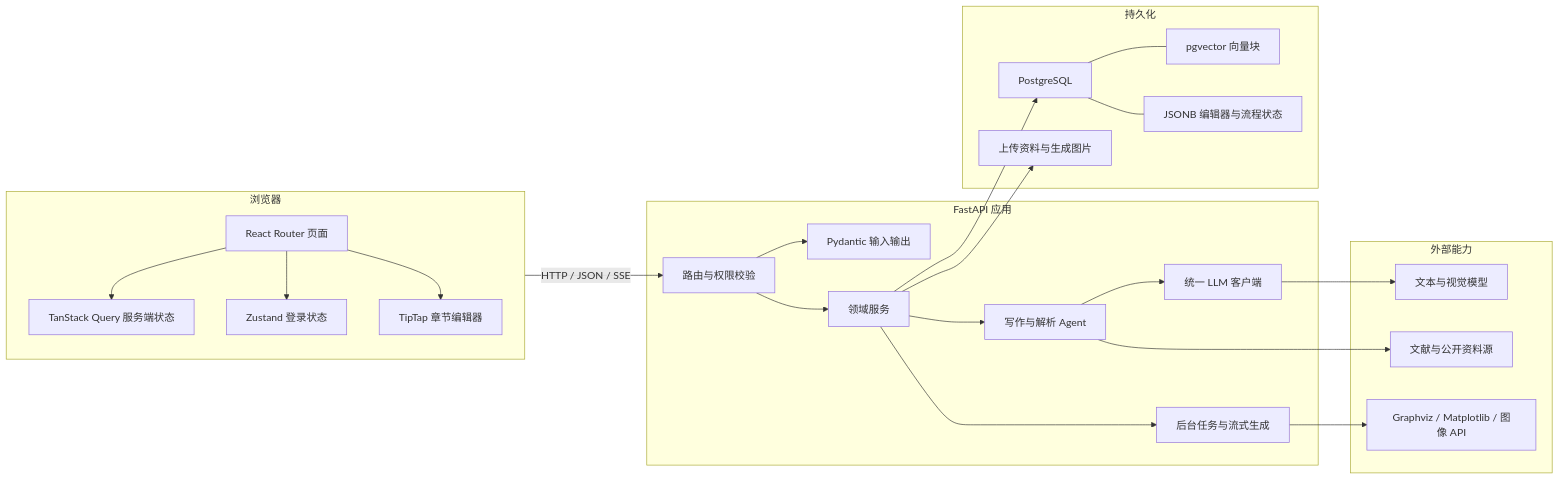
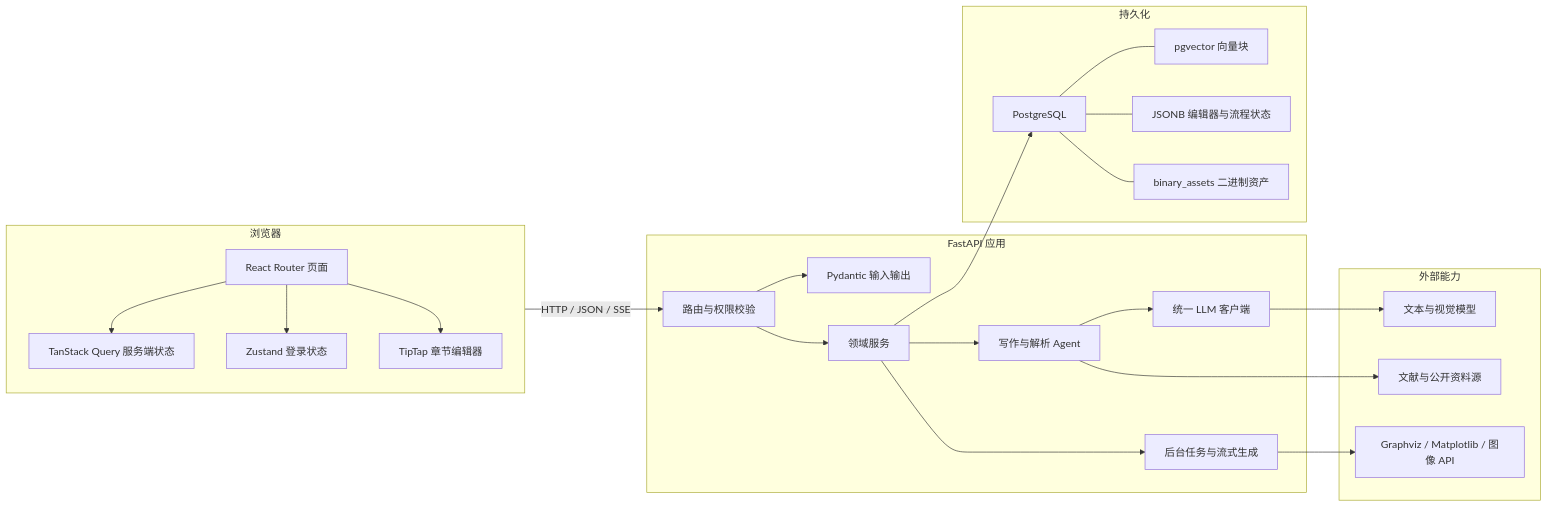
The first of 3 diagrams in README.md (VeyraDev/AutoBooker), drawn with Mermaid before and after one commit. The commit also changed other lines of this file and 194 other files, not shown here.

````diff
--- a/README.md
+++ b/README.md
@@ -26,48 +26,48 @@
 ```mermaid
 flowchart LR
     subgraph Browser["浏览器"]
         Router["React Router 页面"]
         Query["TanStack Query 服务端状态"]
         Store["Zustand 登录状态"]
         Editor["TipTap 章节编辑器"]
         Router --> Query
         Router --> Store
         Router --> Editor
     end
 
     subgraph API["FastAPI 应用"]
         Routers["路由与权限校验"]
         Schemas["Pydantic 输入输出"]
         Services["领域服务"]
         Agents["写作与解析 Agent"]
         LLM["统一 LLM 客户端"]
         Tasks["后台任务与流式生成"]
         Routers --> Schemas
         Routers --> Services
         Services --> Agents
         Agents --> LLM
         Services --> Tasks
     end
 
     subgraph Storage["持久化"]
         PG["PostgreSQL"]
         Vector["pgvector 向量块"]
         JSON["JSONB 编辑器与流程状态"]
-        Files["上传资料与生成图片"]
+        Blob["binary_assets 二进制资产"]
         PG --- Vector
         PG --- JSON
+        PG --- Blob
     end
 
     subgraph External["外部能力"]
         Models["文本与视觉模型"]
         Literature["文献与公开资料源"]
         Render["Graphviz / Matplotlib / 图像 API"]
     end
 
     Browser -->|"HTTP / JSON / SSE"| Routers
     Services --> PG
-    Services --> Files
     LLM --> Models
     Agents --> Literature
     Tasks --> Render
 ```
````
